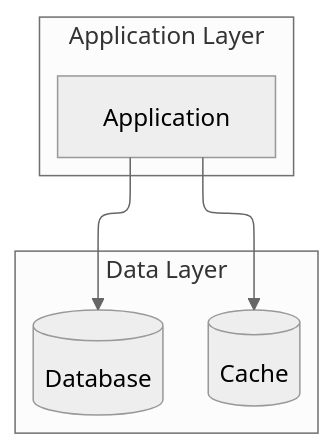
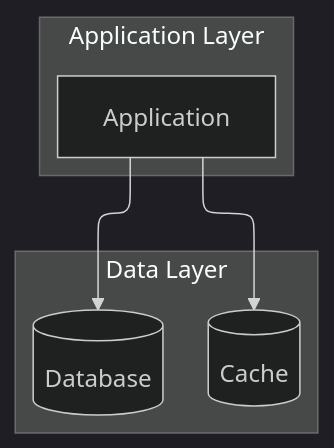
The fourth of 4 diagrams in README.md (matthewswogger/family-med-nanny), drawn with Mermaid before and after one commit. The commit also changed other lines of this file, not shown here.

Commit message:
made mermaid charts readable on github

````diff
--- a/README.md
+++ b/README.md
@@ -123,22 +126,23 @@
 ```mermaid
 ---
 config:
   layout: elk
   elk:
     mergeEdges: false
     nodePlacementStrategy: SIMPLE
-  theme: neutral
+  theme: dark
+  # theme: neutral
 ---
 flowchart TB
     subgraph "Application Layer"
         Application
     end
 
     subgraph "Data Layer"
         DB[(Database)]
         Cache[(Cache)]
     end
 
     Application --> DB
     Application --> Cache
 ```
````
